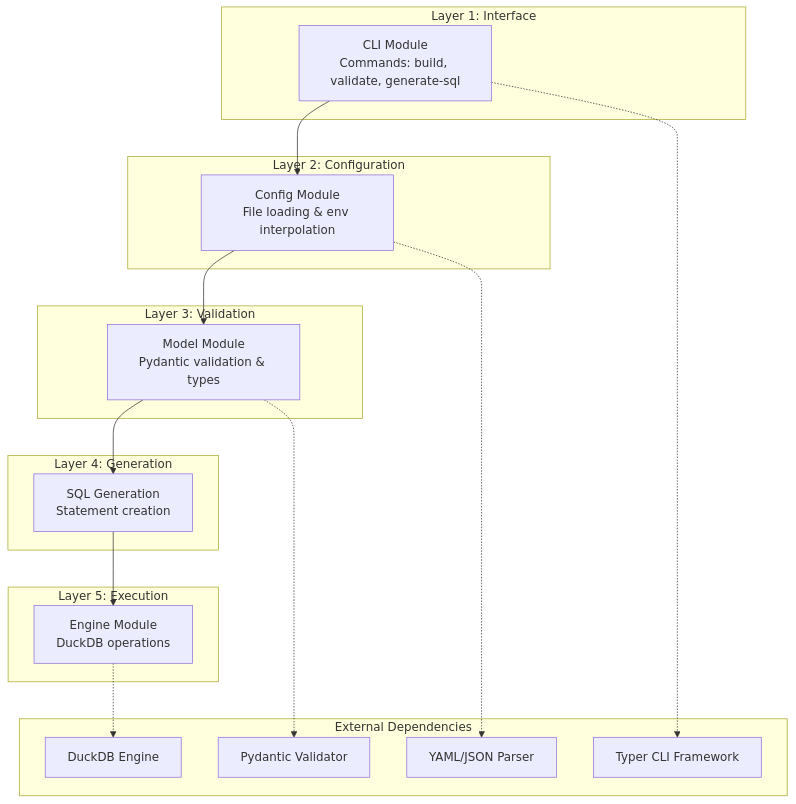
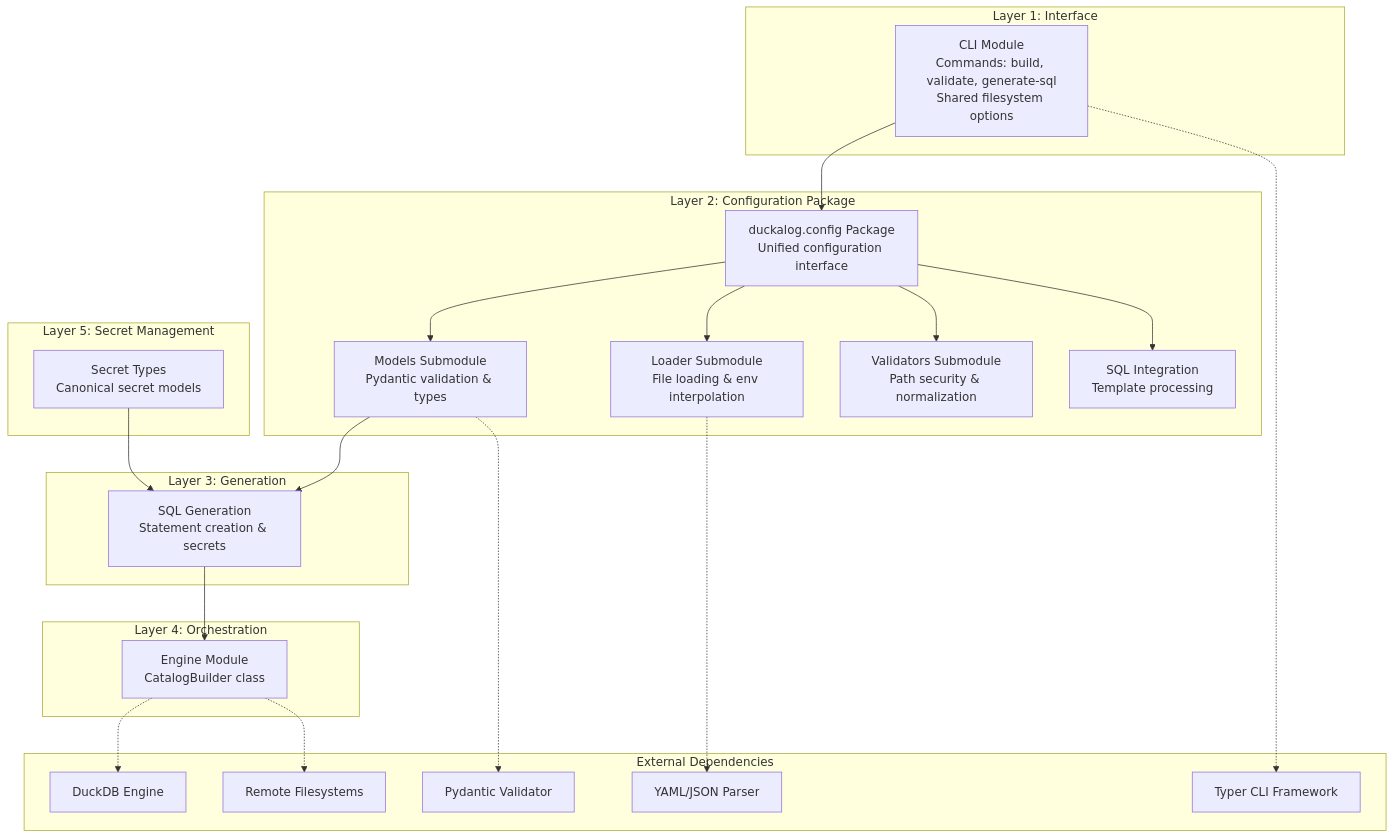
Before and after one commit to legout/duckalog: diagram 16 of 16 in docs/architecture.md, drawn with Mermaid. The commit also changed other lines of this file and 5 other files, not shown here.

Commit message:
Update docs for refactored architecture

````diff
--- a/docs/architecture.md
+++ b/docs/architecture.md
@@ -450,39 +773,49 @@
 ```mermaid
 graph TD
     subgraph "Layer 1: Interface"
-        CLI[CLI Module<br/>Commands: build, validate, generate-sql]
+        CLI[CLI Module<br/>Commands: build, validate, generate-sql<br/>Shared filesystem options]
     end
     
-    subgraph "Layer 2: Configuration"
-        CONFIG[Config Module<br/>File loading & env interpolation]
+    subgraph "Layer 2: Configuration Package"
+        CONFIG_PKG[duckalog.config Package<br/>Unified configuration interface]
+        CONFIG_MODELS[Models Submodule<br/>Pydantic validation & types]
+        CONFIG_LOADER[Loader Submodule<br/>File loading & env interpolation]
+        CONFIG_VALIDATORS[Validators Submodule<br/>Path security & normalization]
+        CONFIG_SQL[SQL Integration<br/>Template processing]
     end
     
-    subgraph "Layer 3: Validation"
-        MODEL[Model Module<br/>Pydantic validation & types]
+    subgraph "Layer 3: Generation"
+        SQLGEN[SQL Generation<br/>Statement creation & secrets]
     end
     
-    subgraph "Layer 4: Generation"
-        SQLGEN[SQL Generation<br/>Statement creation]
+    subgraph "Layer 4: Orchestration"
+        ENGINE[Engine Module<br/>CatalogBuilder class]
     end
     
-    subgraph "Layer 5: Execution"
-        ENGINE[Engine Module<br/>DuckDB operations]
+    subgraph "Layer 5: Secret Management"
+        SECRETS[Secret Types<br/>Canonical secret models]
     end
     
     subgraph "External Dependencies"
         DUCKDB[DuckDB Engine]
         YAML[YAML/JSON Parser]
         PYDANTIC[Pydantic Validator]
         TYPER[Typer CLI Framework]
+        FSSPEC[Remote Filesystems]
     end
     
-    CLI --> CONFIG
-    CONFIG --> MODEL
-    MODEL --> SQLGEN
+    CLI --> CONFIG_PKG
+    CONFIG_PKG --> CONFIG_MODELS
+    CONFIG_PKG --> CONFIG_LOADER
+    CONFIG_PKG --> CONFIG_VALIDATORS
+    CONFIG_PKG --> CONFIG_SQL
+    CONFIG_MODELS --> SQLGEN
     SQLGEN --> ENGINE
+    SECRETS --> SQLGEN
     
-    CONFIG -.-> YAML
-    MODEL -.-> PYDANTIC
+    ENGINE -.-> DUCKDB
+    CONFIG_LOADER -.-> YAML
+    CONFIG_MODELS -.-> PYDANTIC
     CLI -.-> TYPER
-    ENGINE -.-> DUCKDB
+    ENGINE -.-> FSSPEC
 ```
````
